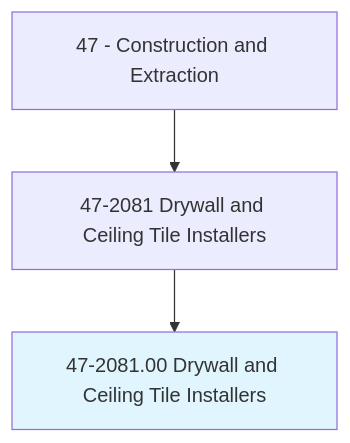
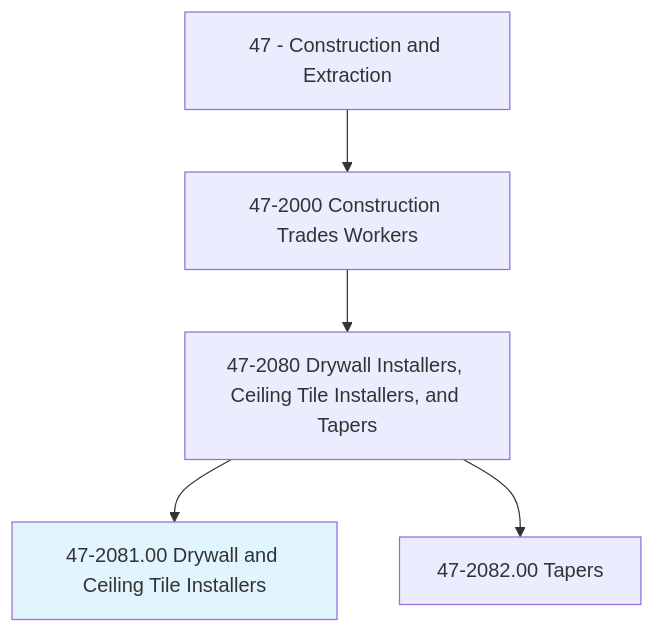
Before and after one commit to kziemski/business.org.ai: the first of 4 diagrams in occupations/Construction/DrywallAndCeilingTileInstallers.mdx, drawn with Mermaid. The commit also changed other lines of this file and 938 other files, not shown here.

````diff
--- a/occupations/Construction/DrywallAndCeilingTileInstallers.mdx
+++ b/occupations/Construction/DrywallAndCeilingTileInstallers.mdx
@@ -19,6 +23,8 @@
 ```mermaid
 graph TD
-    Cat47["47 - Construction and Extraction"] --> Group472081["47-2081 Drywall and Ceiling Tile Installers"]
-    Group472081 --> Current["47-2081.00 Drywall and Ceiling Tile Installers"]
+    Cat47["47 - Construction and Extraction"] --> Group472["47-2000 Construction Trades Workers"]
+    Group472 --> Group4720["47-2080 Drywall Installers, Ceiling Tile Installers, and Tapers"]
+    Group4720 --> Current["47-2081.00 Drywall and Ceiling Tile Installers"]
+    Group4720 --> Taper["47-2082.00 Tapers"]
     style Current fill:#e1f5fe
 ```
````
